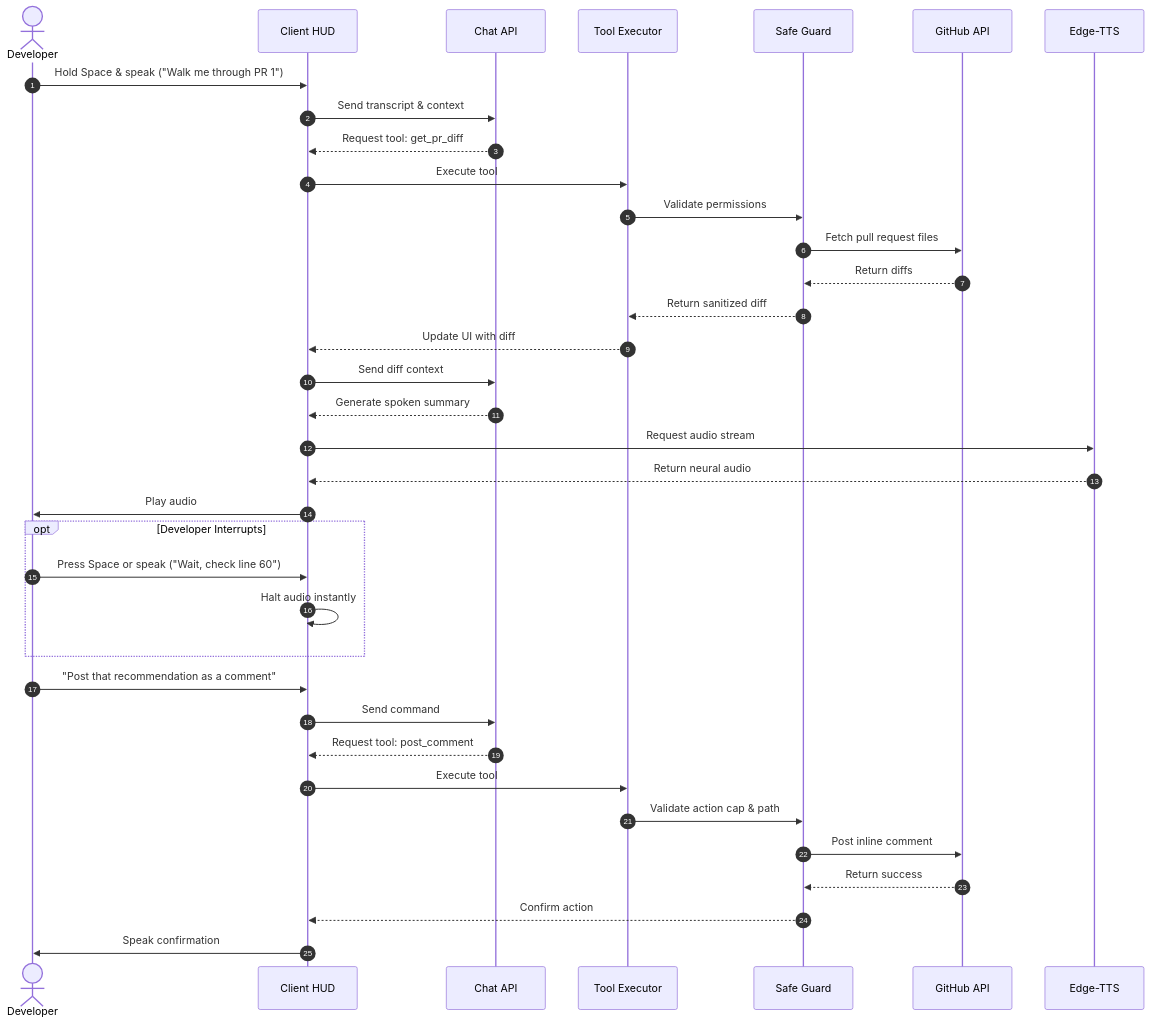
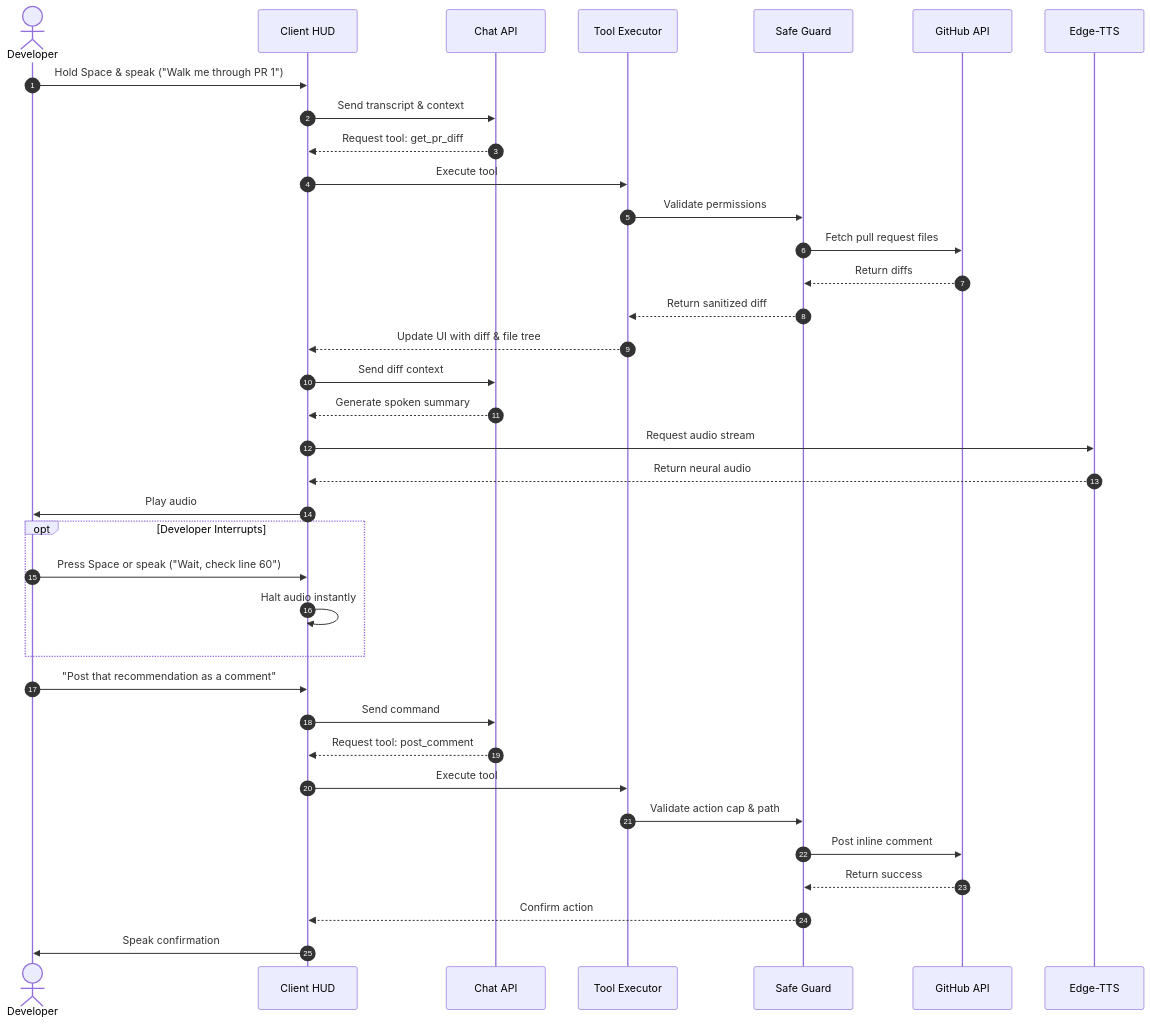
The second of 2 diagrams in README.md (Nawxtz/codecast), drawn with Mermaid before and after one commit. The commit also changed other lines of this file, not shown here.

````diff
--- a/README.md
+++ b/README.md
@@ -75,42 +86,42 @@
 ```mermaid
 sequenceDiagram
     autonumber
     actor Dev as Developer
     participant UI as Client HUD
     participant API as Chat API
     participant Exec as Tool Executor
     participant Safe as Safe Guard
     participant GH as GitHub API
     participant TTS as Edge-TTS
 
     Dev->>UI: Hold Space & speak ("Walk me through PR 1")
     UI->>API: Send transcript & context
     API-->>UI: Request tool: get_pr_diff
     UI->>Exec: Execute tool
     Exec->>Safe: Validate permissions
     Safe->>GH: Fetch pull request files
     GH-->>Safe: Return diffs
     Safe-->>Exec: Return sanitized diff
-    Exec-->>UI: Update UI with diff
+    Exec-->>UI: Update UI with diff & file tree
     
     UI->>API: Send diff context
     API-->>UI: Generate spoken summary
     UI->>TTS: Request audio stream
     TTS-->>UI: Return neural audio
     UI->>Dev: Play audio
     
     opt Developer Interrupts
         Dev->>UI: Press Space or speak ("Wait, check line 60")
         UI->>UI: Halt audio instantly
     end
 
     Dev->>UI: "Post that recommendation as a comment"
     UI->>API: Send command
     API-->>UI: Request tool: post_comment
     UI->>Exec: Execute tool
     Exec->>Safe: Validate action cap & path
     Safe->>GH: Post inline comment
     GH-->>Safe: Return success
     Safe-->>UI: Confirm action
     UI->>Dev: Speak confirmation
 ```
````
